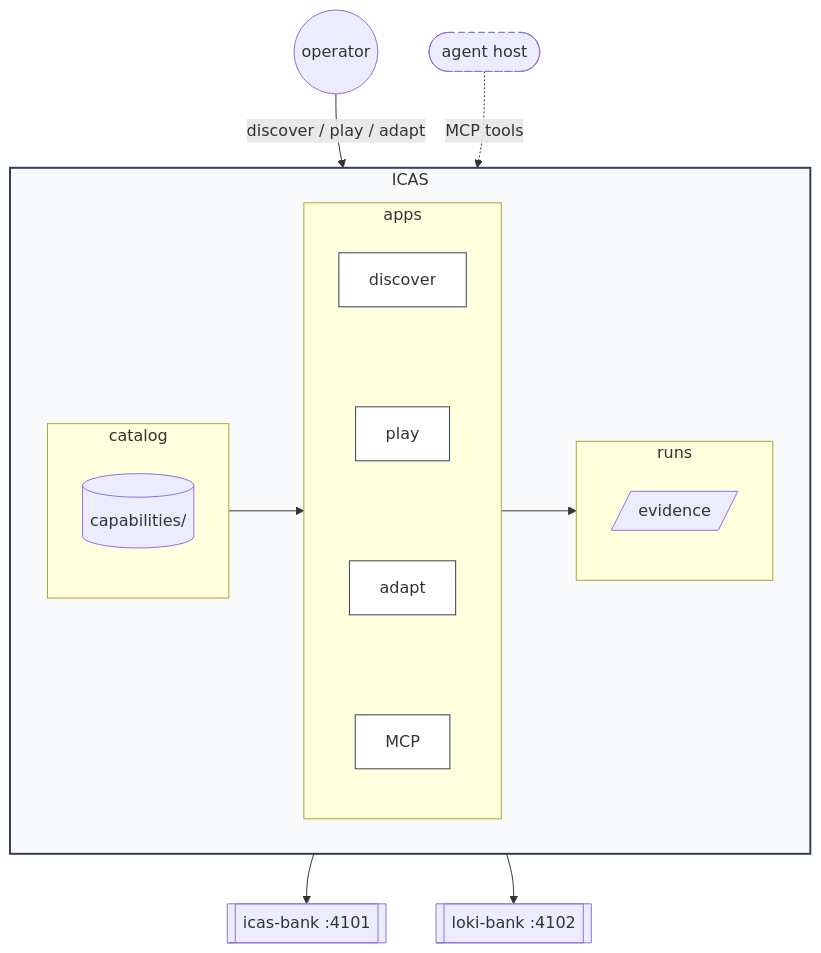
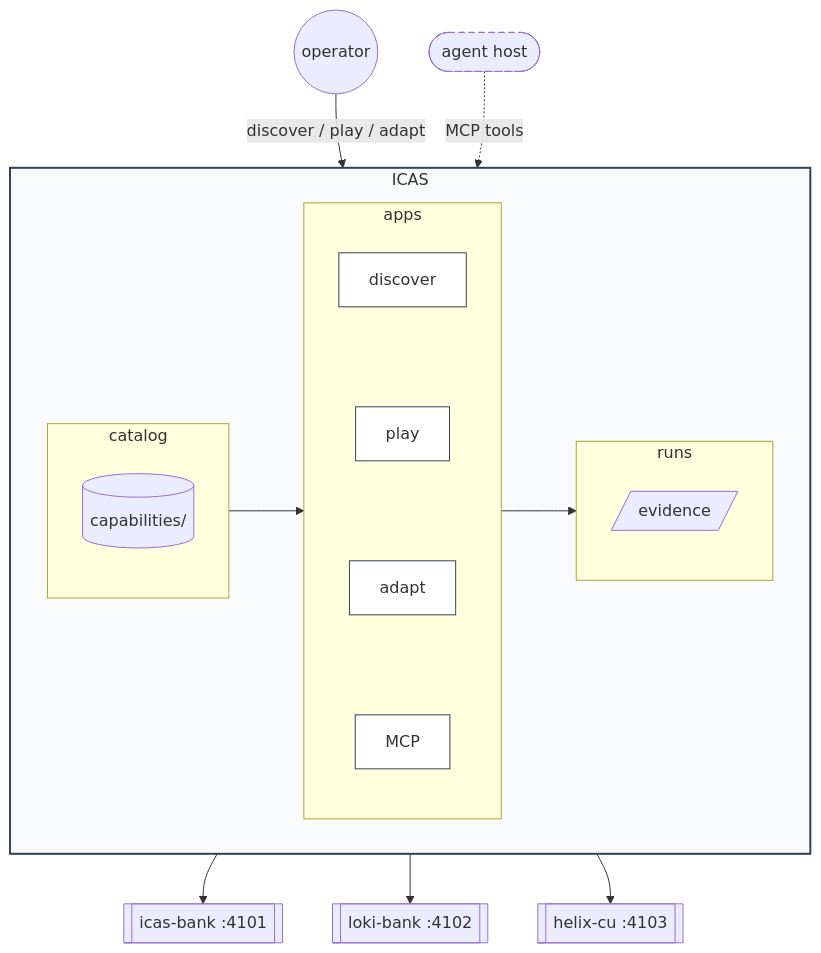
Before and after one commit to ankinelaturu/icas: the second of 17 diagrams in docs/00-system-design.md, drawn with Mermaid. The commit also changed other lines of this file and 2 other files, not shown here.

First line of the commit message:
feat(system-design): add helix-cu integration to ICAS flowchart and documentation

````diff
--- a/docs/00-system-design.md
+++ b/docs/00-system-design.md
@@ -70,47 +70,49 @@
 ```mermaid
 flowchart TB
   operator((operator))
   host([agent host])
 
   subgraph icas["ICAS"]
     direction LR
 
     subgraph colL["catalog"]
       caps[(capabilities/)]
     end
 
     subgraph colM["apps"]
       direction TB
       discover["discover"]
       play["  play  "]
       adapt[" adapt  "]
       mcp["  MCP   "]
       discover --> play
       play --> adapt
       adapt --> mcp
     end
 
     subgraph colR["runs"]
       evid[/evidence/]
     end
 
     colL --> colM
     colM --> colR
   end
 
   bank[["icas-bank :4101"]]
   loki[["loki-bank :4102"]]
+  helix[["helix-cu :4103"]]
 
   operator -->|"discover / play / adapt"| icas
   host -.->|"MCP tools"| icas
   icas --> bank
   icas --> loki
+  icas --> helix
 
   classDef optional stroke-dasharray: 6 4
   classDef icasBox fill:#f8fafc,stroke:#334155,stroke-width:2px
   classDef appBox fill:#ffffff,stroke:#334155
   class host optional
   class icas icasBox
   class discover,play,adapt,mcp appBox
   linkStyle 0,1,2 stroke:none
 ```
````
